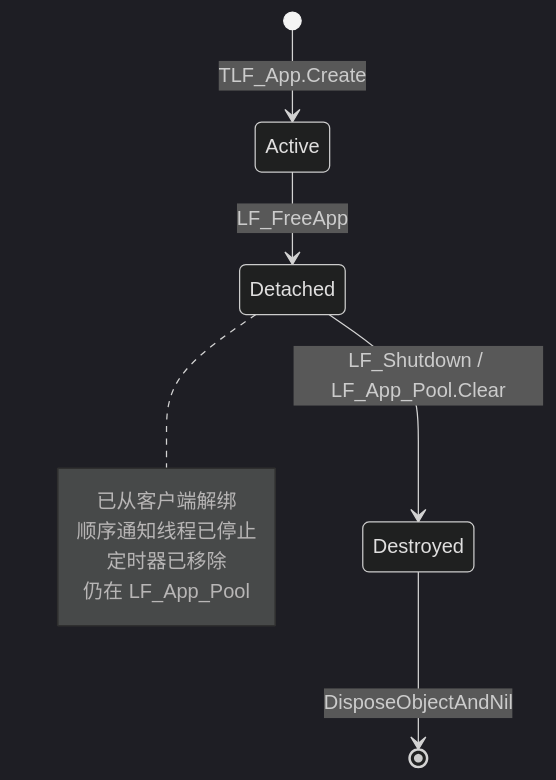
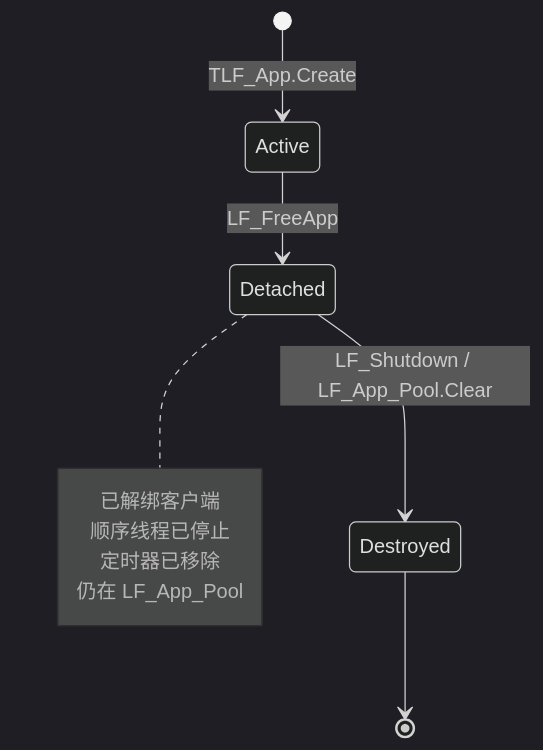
Diagram 13 of 14 in pascal/LingoFuse_Pascal_Complete_Guide.md (PassByYou888/LingoFuse), drawn with Mermaid (dark theme) before and after one commit. The commit also changed other lines of this file and 78 other files, not shown here.

````diff
--- a/pascal/LingoFuse_Pascal_Complete_Guide.md
+++ b/pascal/LingoFuse_Pascal_Complete_Guide.md
@@ -2364,8 +2230,8 @@
-  ```mermaid
-  stateDiagram-v2
-      [*] --> Active: TLF_App.Create
-      Active --> Detached: LF_FreeApp
-      Note right of Detached: 已从客户端解绑<br/>顺序通知线程已停止<br/>定时器已移除<br/>仍在 LF_App_Pool
-      Detached --> Destroyed: LF_Shutdown / LF_App_Pool.Clear
-      Destroyed --> [*]: DisposeObjectAndNil
-  ```
+```mermaid
+stateDiagram-v2
+    [*] --> Active: TLF_App.Create
+    Active --> Detached: LF_FreeApp
+    Note right of Detached: 已解绑客户端<br/>顺序线程已停止<br/>定时器已移除<br/>仍在 LF_App_Pool
+    Detached --> Destroyed: LF_Shutdown / LF_App_Pool.Clear
+    Destroyed --> [*]
+```
````
